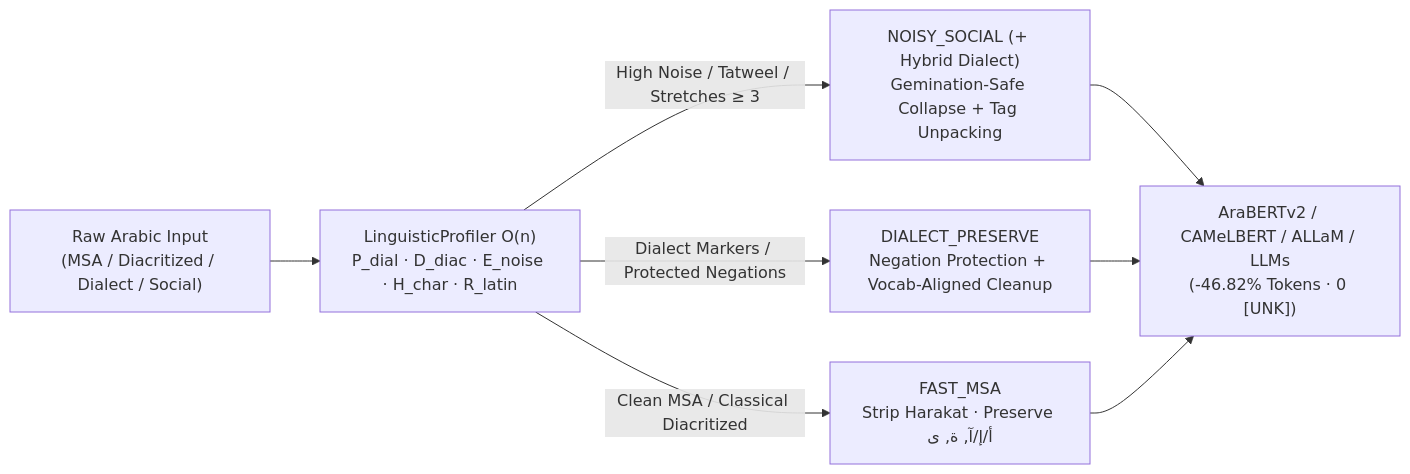
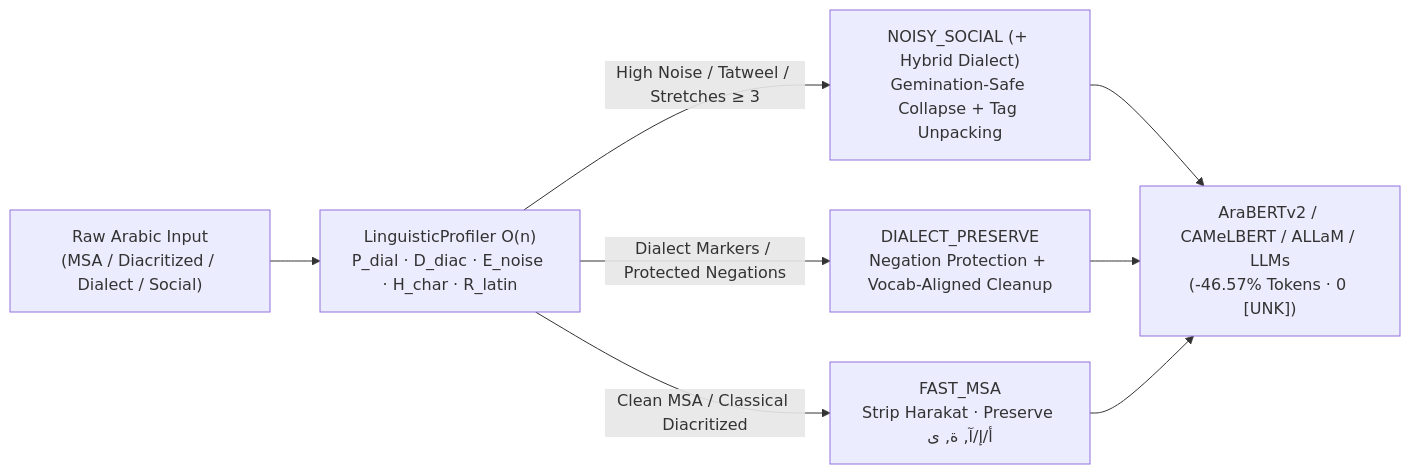
Before and after one commit to RealMtrx/misar: the diagram in README.md, drawn with Mermaid. The commit also changed other lines of this file and 8 other files, not shown here.

````diff
--- a/README.md
+++ b/README.md
@@ -41,10 +41,10 @@
 ```mermaid
 flowchart LR
     A["Raw Arabic Input<br/>(MSA / Diacritized / Dialect / Social)"] --> B["LinguisticProfiler O(n)<br/>P_dial · D_diac · E_noise · H_char · R_latin"]
     B -->|"High Noise / Tatweel / Stretches ≥ 3"| C["NOISY_SOCIAL (+ Hybrid Dialect)<br/>Gemination-Safe Collapse + Tag Unpacking"]
     B -->|"Dialect Markers / Protected Negations"| D["DIALECT_PRESERVE<br/>Negation Protection + Vocab-Aligned Cleanup"]
     B -->|"Clean MSA / Classical Diacritized"| E["FAST_MSA<br/>Strip Harakat · Preserve أ/إ/آ, ة, ى"]
-    C --> F["AraBERTv2 / CAMeLBERT / ALLaM / LLMs<br/>(-46.82% Tokens · 0 [UNK])"]
+    C --> F["AraBERTv2 / CAMeLBERT / ALLaM / LLMs<br/>(-46.57% Tokens · 0 [UNK])"]
     D --> F
     E --> F
 ```
````
